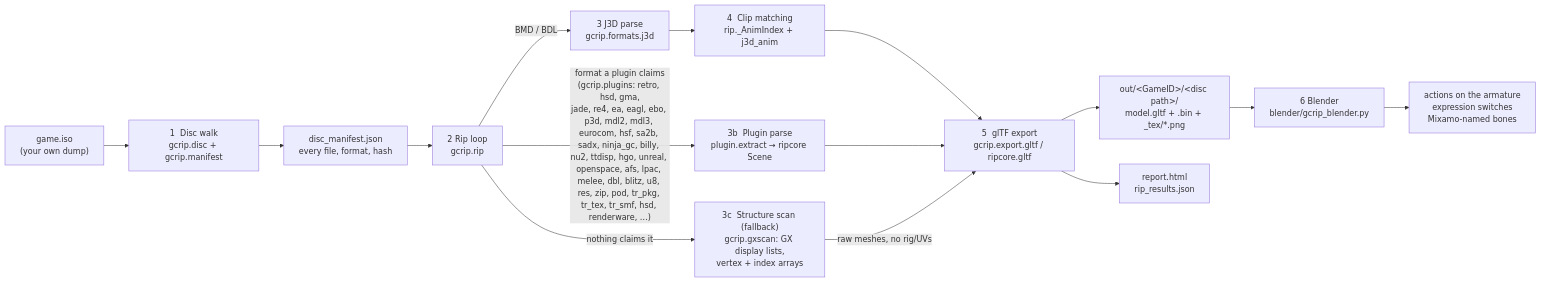
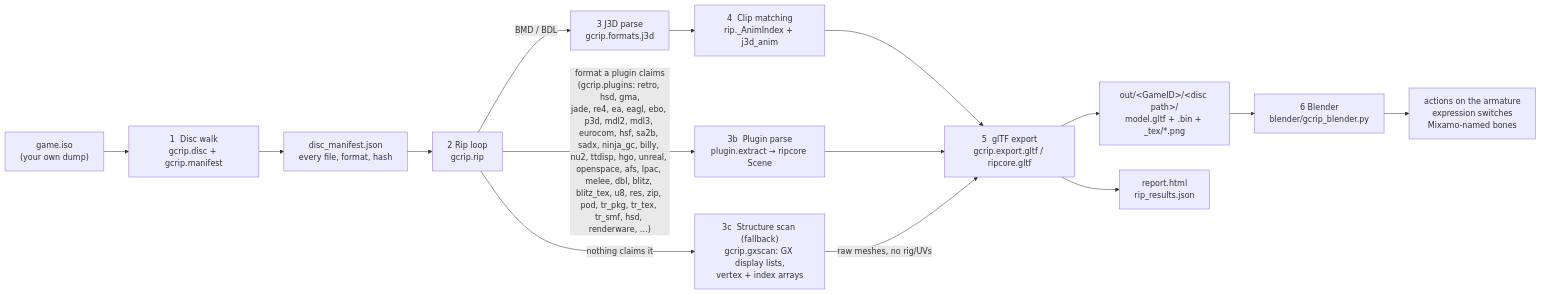
One commit to Felbs/3d-ripper-9000 changed the first of 9 diagrams in docs/PIPELINE.md. Above: the diagram before and after it, drawn with Mermaid. The commit also changed other lines of this file and 5 other files, not shown here.

First line of the commit message:
gcrip blitz_tex: decode the textures in Blitz .gcp packs (Bratz, Fairly OddParents)

````diff
--- a/docs/PIPELINE.md
+++ b/docs/PIPELINE.md
@@ -11,17 +11,17 @@
 ```mermaid
 flowchart LR
     ISO["game.iso<br/>(your own dump)"] --> WALK["1  Disc walk<br/>gcrip.disc + gcrip.manifest"]
     WALK --> MAN["disc_manifest.json<br/>every file, format, hash"]
     MAN --> RIP["2  Rip loop<br/>gcrip.rip"]
     RIP -->|"BMD / BDL"| J3D["3  J3D parse<br/>gcrip.formats.j3d"]
-    RIP -->|"format a plugin claims<br/>(gcrip.plugins: retro, hsd, gma,<br/>jade, re4, ea, eagl, ebo, p3d, mdl2, mdl3, eurocom, hsf, sa2b, sadx, ninja_gc, billy, nu2, ttdisp, hgo, unreal, openspace, afs, lpac, melee, dbl, blitz, u8, res, zip, pod, tr_pkg, tr_tex, tr_smf, hsd, renderware, …)"| PLUG["3b  Plugin parse<br/>plugin.extract → ripcore Scene"]
+    RIP -->|"format a plugin claims<br/>(gcrip.plugins: retro, hsd, gma,<br/>jade, re4, ea, eagl, ebo, p3d, mdl2, mdl3, eurocom, hsf, sa2b, sadx, ninja_gc, billy, nu2, ttdisp, hgo, unreal, openspace, afs, lpac, melee, dbl, blitz, blitz_tex, u8, res, zip, pod, tr_pkg, tr_tex, tr_smf, hsd, renderware, …)"| PLUG["3b  Plugin parse<br/>plugin.extract → ripcore Scene"]
     RIP -->|"nothing claims it"| GX["3c  Structure scan (fallback)<br/>gcrip.gxscan: GX display lists,<br/>vertex + index arrays"]
     J3D --> ANIM["4  Clip matching<br/>rip._AnimIndex + j3d_anim"]
     ANIM --> GLTF["5  glTF export<br/>gcrip.export.gltf / ripcore.gltf"]
     PLUG --> GLTF
     GX -->|"raw meshes, no rig/UVs"| GLTF
     GLTF --> OUT["out/&lt;GameID&gt;/&lt;disc path&gt;/<br/>model.gltf + .bin + _tex/*.png"]
     GLTF --> REP["report.html<br/>rip_results.json"]
     OUT --> BL["6  Blender<br/>blender/gcrip_blender.py"]
     BL --> PLAY["actions on the armature<br/>expression switches<br/>Mixamo-named bones"]
 ```
````
